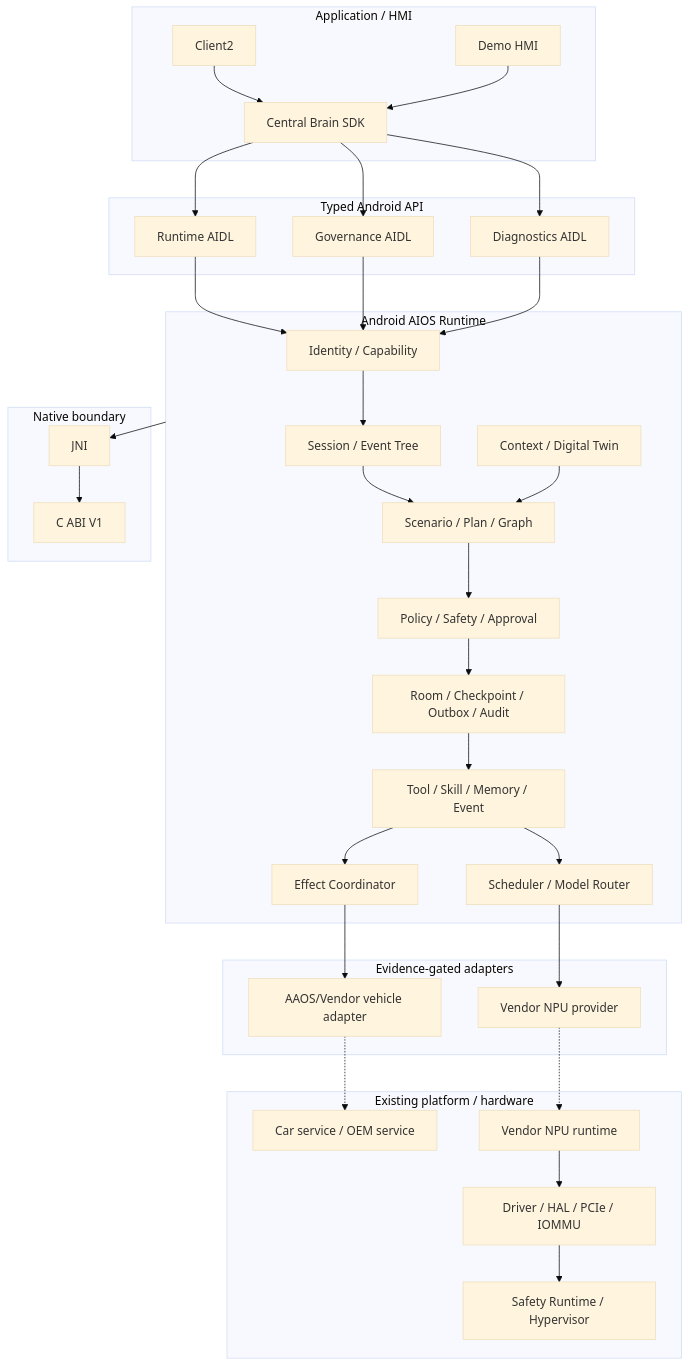
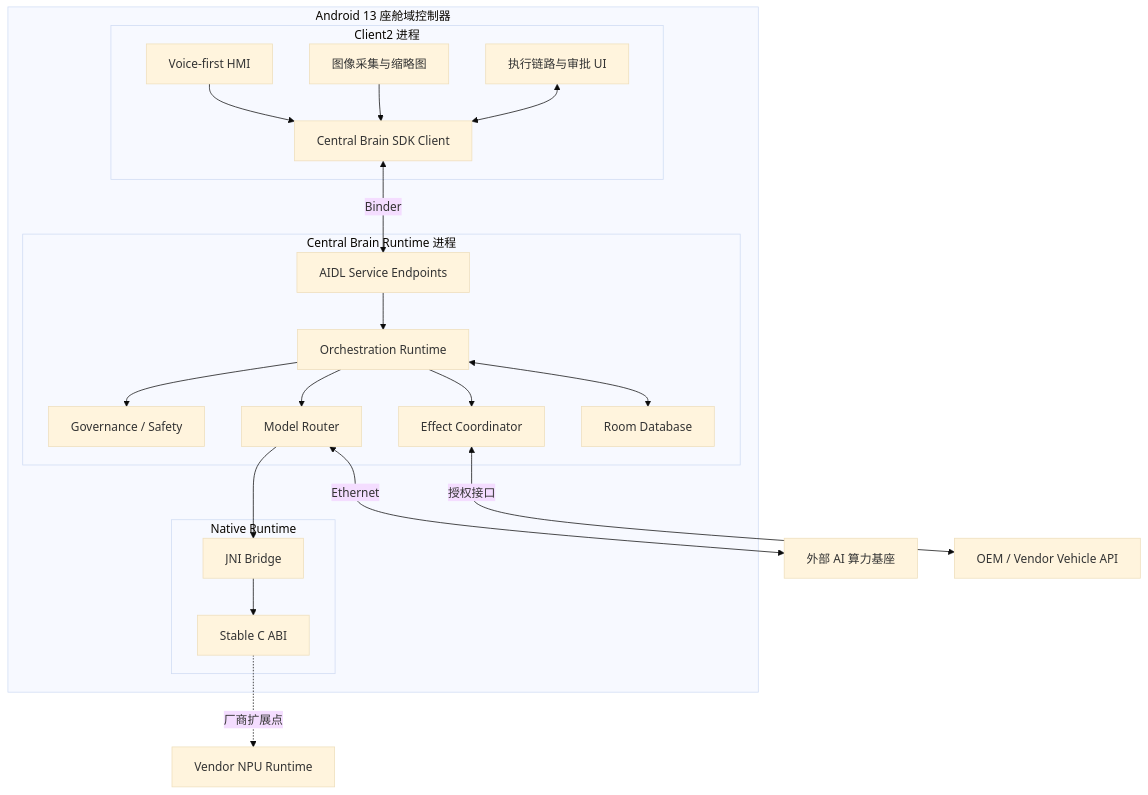
One commit to LucasWEIchen/CougarOS changed the second of 15 diagrams in docs/CENTRAL_BRAIN_SOFTWARE_ARCHITECTURE.md. Above: the diagram before and after it, drawn with Mermaid (base theme). The commit also changed other lines of this file and 222 other files, not shown here.

````diff
--- a/docs/CENTRAL_BRAIN_SOFTWARE_ARCHITECTURE.md
+++ b/docs/CENTRAL_BRAIN_SOFTWARE_ARCHITECTURE.md
@@ -184,63 +65,43 @@
 ```mermaid
 flowchart TB
-  subgraph HMI["Application / HMI"]
-    C2["Client2"]
-    Demo["Demo HMI"]
-    SDK["Central Brain SDK"]
-  end
+    subgraph Android["Android 13 座舱域控制器"]
+        subgraph HmiProcess["Client2 进程"]
+            UI["Voice-first HMI"]
+            Media["图像采集与缩略图"]
+            Timeline["执行链路与审批 UI"]
+            Client["Central Brain SDK Client"]
+        end
 
-  subgraph API["Typed Android API"]
-    RTAPI["Runtime AIDL"]
-    GOVAPI["Governance AIDL"]
-    DIAGAPI["Diagnostics AIDL"]
-  end
+        subgraph RuntimeProcess["Central Brain Runtime 进程"]
+            Binder["AIDL Service Endpoints"]
+            Orchestrator["Orchestration Runtime"]
+            Governance["Governance / Safety"]
+            ModelRouter["Model Router"]
+            Effect["Effect Coordinator"]
+            Store["Room Database"]
+        end
 
-  subgraph CORE["Android AIOS Runtime"]
-    ID["Identity / Capability"]
-    SES["Session / Event Tree"]
-    CTX["Context / Digital Twin"]
-    PLAN["Scenario / Plan / Graph"]
-    GOV["Policy / Safety / Approval"]
-    DUR["Room / Checkpoint / Outbox / Audit"]
-    TOOL["Tool / Skill / Memory / Event"]
-    MODEL["Scheduler / Model Router"]
-    EFFECT["Effect Coordinator"]
-  end
+        subgraph NativeProcess["Native Runtime"]
+            JNI["JNI Bridge"]
+            CABI["Stable C ABI"]
+        end
+    end
 
-  subgraph NATIVE["Native boundary"]
-    JNI["JNI"]
-    CABI["C ABI V1"]
-  end
+    AIBase["外部 AI 算力基座"]
+    VehicleApi["OEM / Vendor Vehicle API"]
+    NpuApi["Vendor NPU Runtime"]
 
-  subgraph ADAPTER["Evidence-gated adapters"]
-    AAOS["AAOS/Vendor vehicle adapter"]
-    NPU["Vendor NPU provider"]
-  end
-
-  subgraph PLATFORM["Existing platform / hardware"]
-    CAR["Car service / OEM service"]
-    NPURT["Vendor NPU runtime"]
-    HAL["Driver / HAL / PCIe / IOMMU"]
-    SAFE["Safety Runtime / Hypervisor"]
-  end
-
-  C2 --> SDK
-  Demo --> SDK
-  SDK --> RTAPI
-  SDK --> GOVAPI
-  SDK --> DIAGAPI
-  RTAPI --> ID
-  GOVAPI --> ID
-  DIAGAPI --> ID
-  ID --> SES --> PLAN
-  CTX --> PLAN
-  PLAN --> GOV --> DUR
-  DUR --> TOOL
-  TOOL --> MODEL
-  TOOL --> EFFECT
-  MODEL --> NPU
-  EFFECT --> AAOS
-  CORE --> JNI --> CABI
-  AAOS -.-> CAR
-  NPU -.-> NPURT --> HAL --> SAFE
+    UI --> Client
+    Media --> Client
+    Timeline <--> Client
+    Client <-->|"Binder"| Binder
+    Binder --> Orchestrator
+    Orchestrator --> Governance
+    Orchestrator --> ModelRouter
+    Orchestrator --> Effect
+    Orchestrator <--> Store
+    ModelRouter <-->|"Ethernet"| AIBase
+    Effect <-->|"授权接口"| VehicleApi
+    ModelRouter --> JNI --> CABI
+    CABI -. "厂商扩展点" .-> NpuApi
 ```
````
